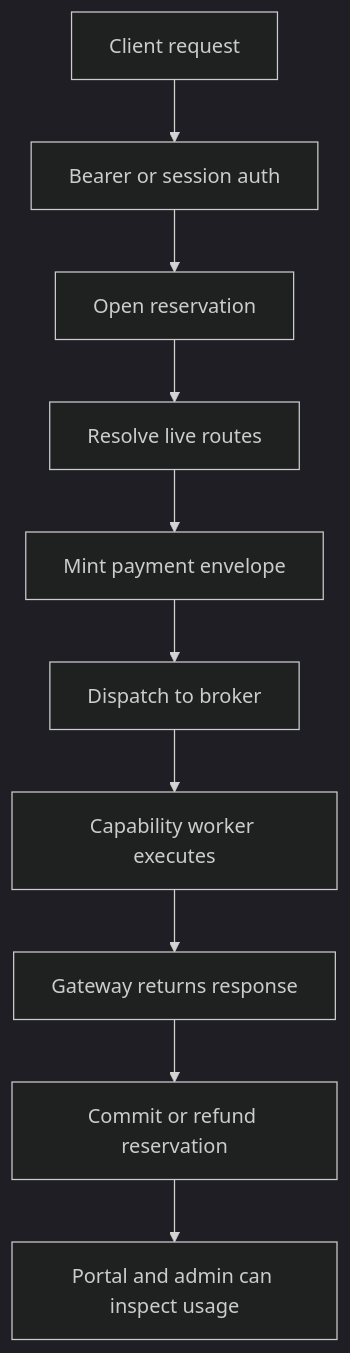
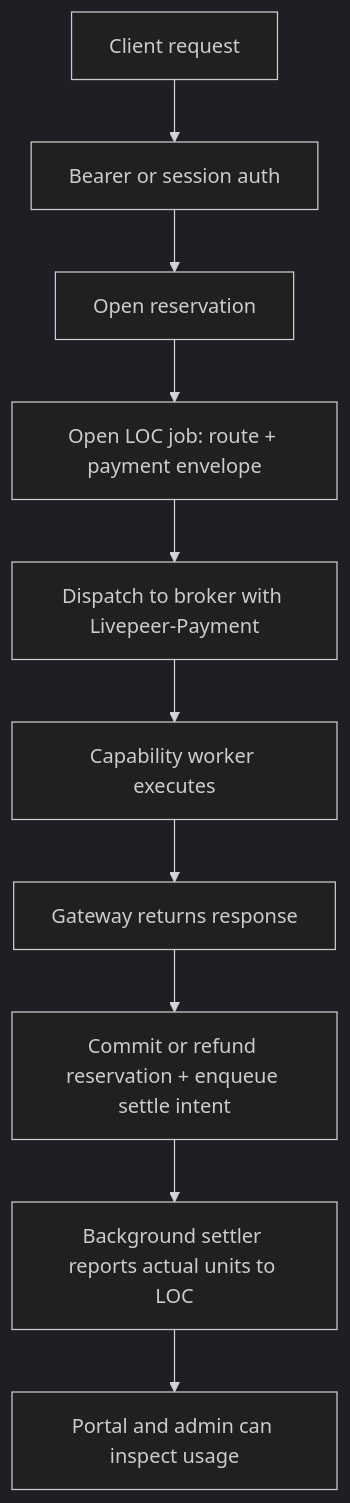
Before and after one commit to Cloud-SPE/livepeer-modules-openai-gateway: the second of 4 diagrams in README.md, drawn with Mermaid (dark theme). The commit also changed other lines of this file and 67 other files, not shown here.

````diff
--- a/README.md
+++ b/README.md
@@ -105,12 +105,12 @@
 ```mermaid
 flowchart TD
   A[Client request] --> B[Bearer or session auth]
   B --> C[Open reservation]
-  C --> D[Resolve live routes]
-  D --> E[Mint payment envelope]
-  E --> F[Dispatch to broker]
+  C --> D[Open LOC job: route + payment envelope]
+  D --> F[Dispatch to broker with Livepeer-Payment]
   F --> G[Capability worker executes]
   G --> H[Gateway returns response]
-  H --> I[Commit or refund reservation]
-  I --> J[Portal and admin can inspect usage]
+  H --> I[Commit or refund reservation + enqueue settle intent]
+  I --> K[Background settler reports actual units to LOC]
+  K --> J[Portal and admin can inspect usage]
 ```
````
